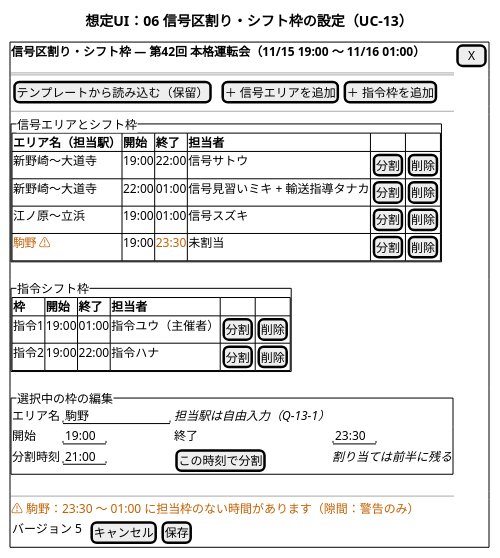
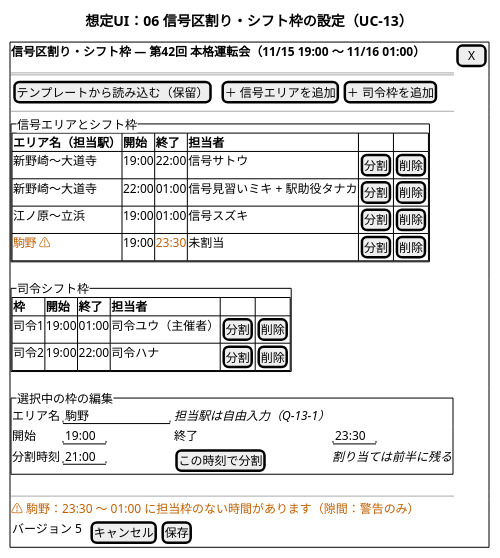
The diagram in Docs/diagrams/ui/06_信号区割りシフト枠.puml (daidoji-traincrew-office/Tatehama_shukkindai), drawn with PlantUML before and after one commit. The commit also changed 61 other files, not shown here.

```diff
--- a/Docs/diagrams/ui/06_信号区割りシフト枠.puml
+++ b/Docs/diagrams/ui/06_信号区割りシフト枠.puml
@@ -1,40 +1,40 @@
 @startsalt ui-06
 skinparam defaultFontName "Yu Gothic UI"
 title 想定UI：06 信号区割り・シフト枠の設定（UC-13）
 {
   {+
     <b>信号区割り・シフト枠 ― 第42回 本格運転会（11/15 19:00 ～ 11/16 01:00）   | [ X ]
     ==
     {
-      [テンプレートから読み込む（保留）] | . | [＋ 信号エリアを追加] | [＋ 指令枠を追加]
+      [テンプレートから読み込む（保留）] | . | [＋ 信号エリアを追加] | [＋ 司令枠を追加]
     }
     --
     {^"信号エリアとシフト枠"
       {#
         <b>エリア名（担当駅） | <b>開始 | <b>終了 | <b>担当者 | . | .
         新野崎～大道寺 | 19:00 | 22:00 | 信号サトウ | [分割] | [削除]
-        新野崎～大道寺 | 22:00 | 01:00 | 信号見習いミキ + 輸送指導タナカ | [分割] | [削除]
+        新野崎～大道寺 | 22:00 | 01:00 | 信号見習いミキ + 駅助役タナカ | [分割] | [削除]
         江ノ原～立浜 | 19:00 | 01:00 | 信号スズキ | [分割] | [削除]
         <color:#C06000>駒野 ⚠</color> | 19:00 | <color:#C06000>23:30</color> | 未割当 | [分割] | [削除]
       }
     }
-    {^"指令シフト枠"
+    {^"司令シフト枠"
       {#
         <b>枠 | <b>開始 | <b>終了 | <b>担当者 | . | .
-        指令1 | 19:00 | 01:00 | 指令ユウ（主催者） | [分割] | [削除]
-        指令2 | 19:00 | 22:00 | 指令ハナ | [分割] | [削除]
+        司令1 | 19:00 | 01:00 | 司令ユウ（主催者） | [分割] | [削除]
+        司令2 | 19:00 | 22:00 | 司令ハナ | [分割] | [削除]
       }
     }
     {^"選択中の枠の編集"
       エリア名 | "駒野           " | <i>担当駅は自由入力（Q-13-1）</i>
       開始 | "19:00" | 終了 | "23:30"
       分割時刻 | "21:00" | [この時刻で分割] | <i>割り当ては前半に残る</i>
     }
     --
     <color:#C06000>⚠ 駒野：23:30 ～ 01:00 に担当枠のない時間があります（隙間：警告のみ）</color>
     {
       バージョン 5 | . | [キャンセル] | [保存]
     }
   }
 }
 @endsalt
```
